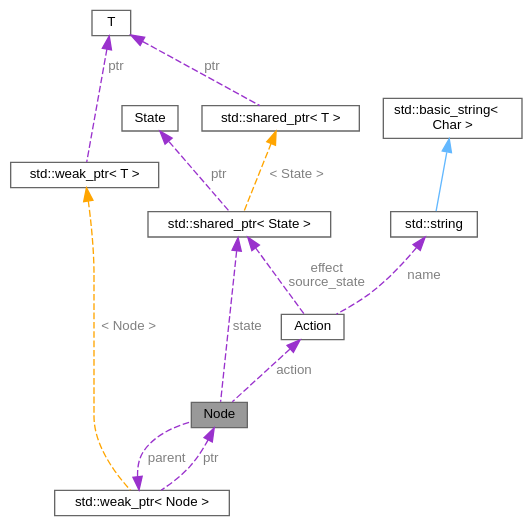
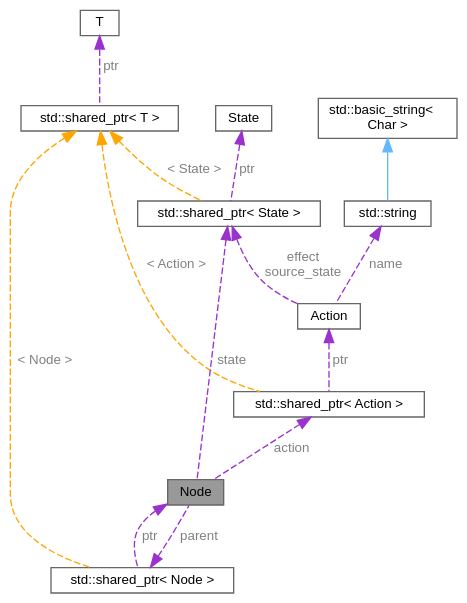
Before and after one commit to velocitatem/Symphony: the diagram in classNode__coll__graph.dot, drawn with Graphviz. The commit also changed 53 other files, not shown here.

```diff
--- a/classNode__coll__graph.dot
+++ b/classNode__coll__graph.dot
@@ -1,30 +1,31 @@
 digraph "Node"
 {
  // INTERACTIVE_SVG=YES
  // LATEX_PDF_SIZE
   bgcolor="transparent";
   edge [fontname=Helvetica,fontsize=10,labelfontname=Helvetica,labelfontsize=10];
   node [fontname=Helvetica,fontsize=10,shape=box,height=0.2,width=0.4];
   Node1 [id="Node000001",label="Node",height=0.2,width=0.4,color="gray40", fillcolor="grey60", style="filled", fontcolor="black",tooltip=" "];
   Node2 -> Node1 [id="edge1_Node000001_Node000002",dir="back",color="darkorchid3",style="dashed",tooltip=" ",label=" parent",fontcolor="grey" ];
-  Node2 [id="Node000002",label="std::weak_ptr\< Node \>",height=0.2,width=0.4,color="gray40", fillcolor="white", style="filled",tooltip=" "];
+  Node2 [id="Node000002",label="std::shared_ptr\< Node \>",height=0.2,width=0.4,color="gray40", fillcolor="white", style="filled",tooltip=" "];
   Node1 -> Node2 [id="edge2_Node000002_Node000001",dir="back",color="darkorchid3",style="dashed",tooltip=" ",label=" ptr",fontcolor="grey" ];
   Node3 -> Node2 [id="edge3_Node000002_Node000003",dir="back",color="orange",style="dashed",tooltip=" ",label=" \< Node \>",fontcolor="grey" ];
-  Node3 [id="Node000003",label="std::weak_ptr\< T \>",height=0.2,width=0.4,color="gray40", fillcolor="white", style="filled",tooltip=" "];
+  Node3 [id="Node000003",label="std::shared_ptr\< T \>",height=0.2,width=0.4,color="gray40", fillcolor="white", style="filled",tooltip=" "];
   Node4 -> Node3 [id="edge4_Node000003_Node000004",dir="back",color="darkorchid3",style="dashed",tooltip=" ",label=" ptr",fontcolor="grey" ];
   Node4 [id="Node000004",label="T",height=0.2,width=0.4,color="gray40", fillcolor="white", style="filled",tooltip=" "];
   Node5 -> Node1 [id="edge5_Node000001_Node000005",dir="back",color="darkorchid3",style="dashed",tooltip=" ",label=" state",fontcolor="grey" ];
   Node5 [id="Node000005",label="std::shared_ptr\< State \>",height=0.2,width=0.4,color="gray40", fillcolor="white", style="filled",tooltip=" "];
   Node6 -> Node5 [id="edge6_Node000005_Node000006",dir="back",color="darkorchid3",style="dashed",tooltip=" ",label=" ptr",fontcolor="grey" ];
   Node6 [id="Node000006",label="State",height=0.2,width=0.4,color="gray40", fillcolor="white", style="filled",URL="$classState.html",tooltip="Represents an abstract state in a problem."];
-  Node7 -> Node5 [id="edge7_Node000005_Node000007",dir="back",color="orange",style="dashed",tooltip=" ",label=" \< State \>",fontcolor="grey" ];
-  Node7 [id="Node000007",label="std::shared_ptr\< T \>",height=0.2,width=0.4,color="gray40", fillcolor="white", style="filled",tooltip=" "];
-  Node4 -> Node7 [id="edge8_Node000007_Node000004",dir="back",color="darkorchid3",style="dashed",tooltip=" ",label=" ptr",fontcolor="grey" ];
-  Node8 -> Node1 [id="edge9_Node000001_Node000008",dir="back",color="darkorchid3",style="dashed",tooltip=" ",label=" action",fontcolor="grey" ];
+  Node3 -> Node5 [id="edge7_Node000005_Node000003",dir="back",color="orange",style="dashed",tooltip=" ",label=" \< State \>",fontcolor="grey" ];
+  Node7 -> Node1 [id="edge8_Node000001_Node000007",dir="back",color="darkorchid3",style="dashed",tooltip=" ",label=" action",fontcolor="grey" ];
+  Node7 [id="Node000007",label="std::shared_ptr\< Action \>",height=0.2,width=0.4,color="gray40", fillcolor="white", style="filled",tooltip=" "];
+  Node8 -> Node7 [id="edge9_Node000007_Node000008",dir="back",color="darkorchid3",style="dashed",tooltip=" ",label=" ptr",fontcolor="grey" ];
   Node8 [id="Node000008",label="Action",height=0.2,width=0.4,color="gray40", fillcolor="white", style="filled",URL="$classAction.html",tooltip="Represents an abstract action that can be performed on a state."];
   Node9 -> Node8 [id="edge10_Node000008_Node000009",dir="back",color="darkorchid3",style="dashed",tooltip=" ",label=" name",fontcolor="grey" ];
   Node9 [id="Node000009",label="std::string",height=0.2,width=0.4,color="gray40", fillcolor="white", style="filled",tooltip=" "];
   Node10 -> Node9 [id="edge11_Node000009_Node000010",dir="back",color="steelblue1",style="solid",tooltip=" "];
   Node10 [id="Node000010",label="std::basic_string\<\l Char \>",height=0.2,width=0.4,color="gray40", fillcolor="white", style="filled",tooltip=" "];
   Node5 -> Node8 [id="edge12_Node000008_Node000005",dir="back",color="darkorchid3",style="dashed",tooltip=" ",label=" effect\nsource_state",fontcolor="grey" ];
+  Node3 -> Node7 [id="edge13_Node000007_Node000003",dir="back",color="orange",style="dashed",tooltip=" ",label=" \< Action \>",fontcolor="grey" ];
 }
```
